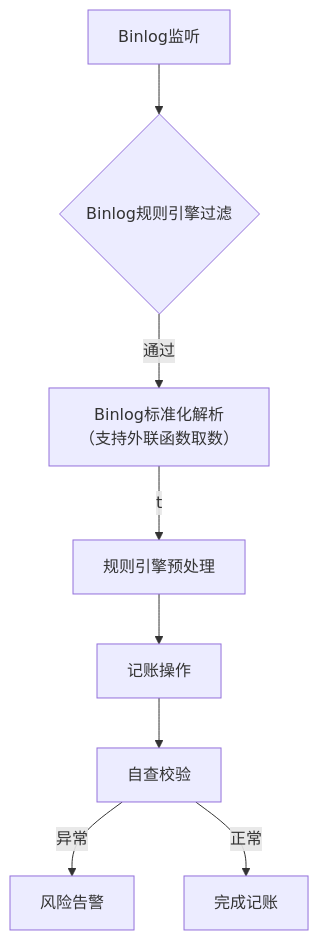
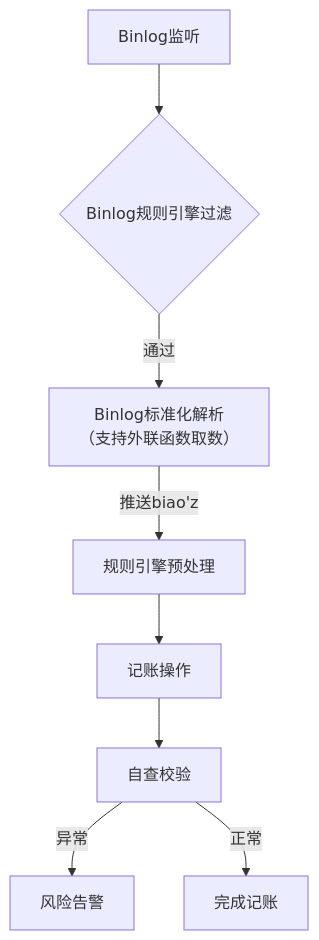
The diagram in all/架构流程.md (87828943/iodraw-files), drawn with Mermaid before and after one commit.

Commit message:
2025-07-07 10:57:10 update

````diff
--- a/all/架构流程.md
+++ b/all/架构流程.md
@@ -1,11 +1,11 @@
 ```mermaid
 graph TD
     A[Binlog监听] --> B{Binlog规则引擎过滤}
     B -->|通过| C[Binlog标准化解析
     （支持外联函数取数）]
-    C --> |t|D[规则引擎预处理]
+    C --> |推送biao'z|D[规则引擎预处理]
     D --> E[记账操作]
     E --> F[自查校验]
     F -->|异常| G[风险告警]
     F -->|正常| H[完成记账]
 ```
````
